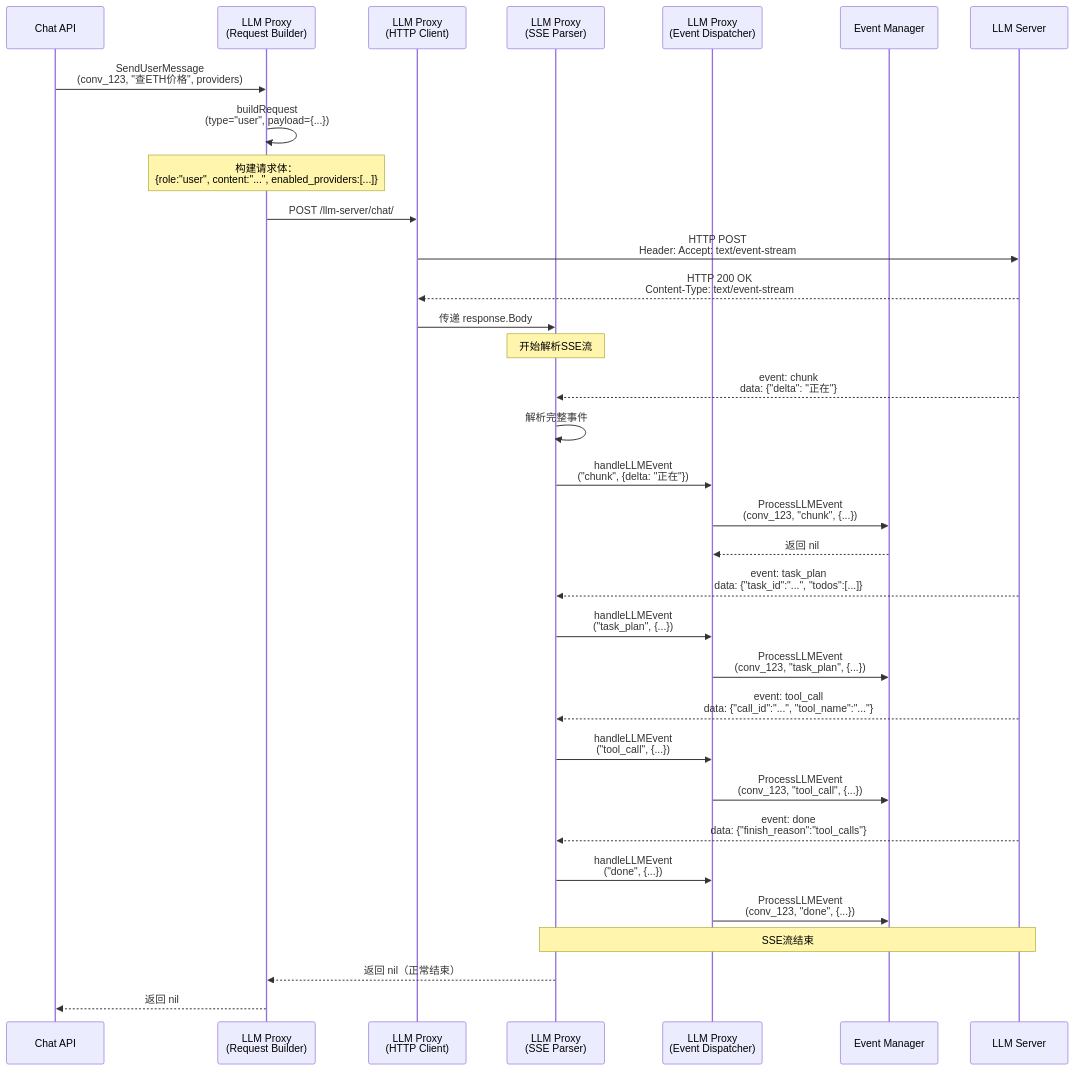
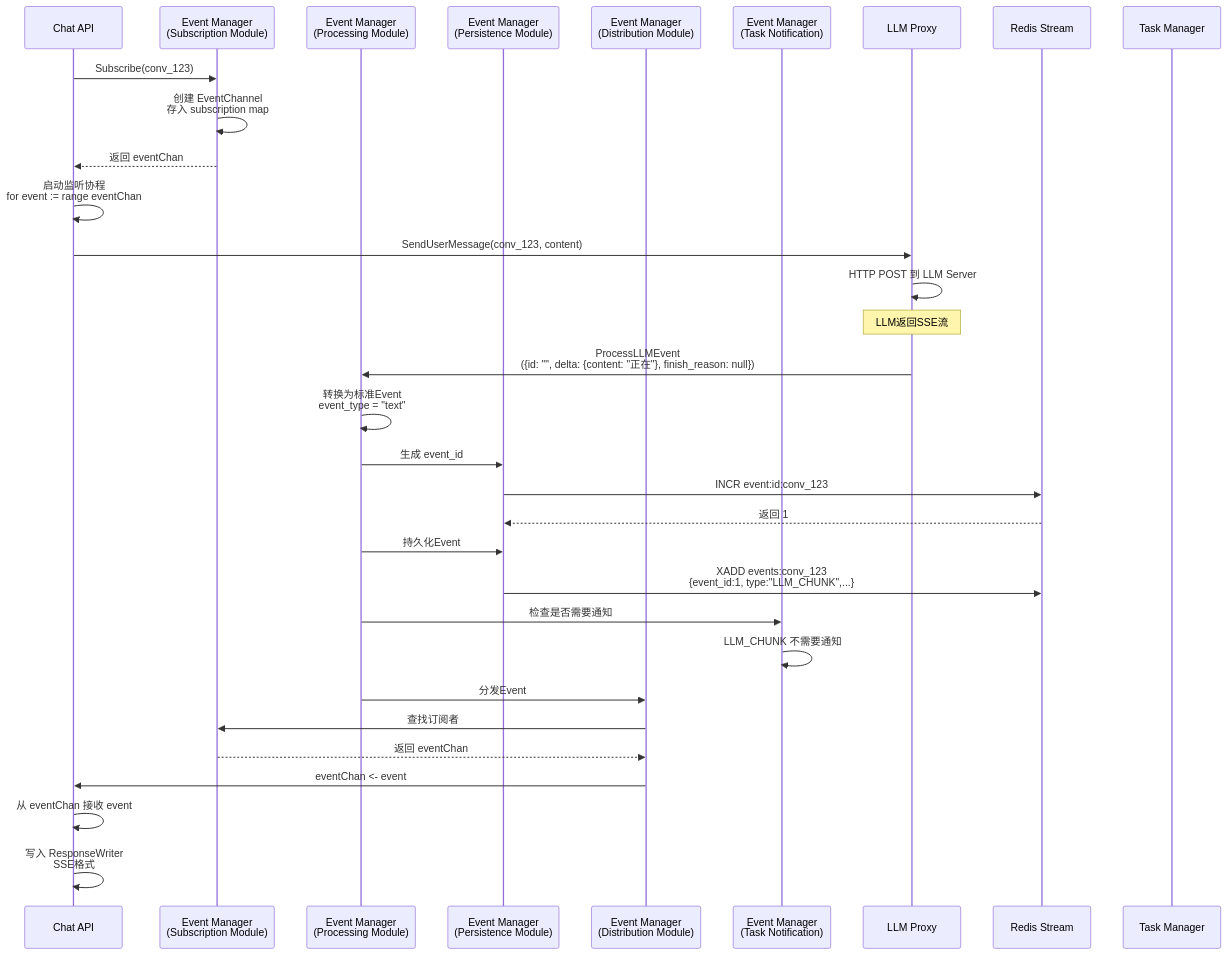
Before and after one commit to yingjianzh/iodraw-files: the diagram in all/未命名-10.md, drawn with Mermaid.

Commit message:
2025-12-23 15:35:48 update

````diff
--- a/all/未命名-10.md
+++ b/all/未命名-10.md
@@ -1,47 +1,44 @@
 ```mermaid
 sequenceDiagram
     participant ChatAPI as Chat API
-    participant LLMProxy as LLM Proxy<br/>(Request Builder)
-    participant HTTPClient as LLM Proxy<br/>(HTTP Client)
-    participant SSEParser as LLM Proxy<br/>(SSE Parser)
-    participant EventDisp as LLM Proxy<br/>(Event Dispatcher)
-    participant EventMgr as Event Manager
-    participant LLM as LLM Server
+    participant EventMgr as Event Manager<br/>(Subscription Module)
+    participant EventProc as Event Manager<br/>(Processing Module)
+    participant Persist as Event Manager<br/>(Persistence Module)
+    participant Distrib as Event Manager<br/>(Distribution Module)
+    participant TaskNotif as Event Manager<br/>(Task Notification)
+    participant LLMProxy as LLM Proxy
+    participant Redis as Redis Stream
+    participant TaskMgr as Task Manager
 
-    ChatAPI->>LLMProxy: SendUserMessage<br/>(conv_123, "查ETH价格", providers)
+    ChatAPI->>EventMgr: Subscribe(conv_123)
+    EventMgr->>EventMgr: 创建 EventChannel<br/>存入 subscription map
+    EventMgr-->>ChatAPI: 返回 eventChan
+
+    ChatAPI->>ChatAPI: 启动监听协程<br/>for event := range eventChan
     
-    LLMProxy->>LLMProxy: buildRequest<br/>(type="user", payload={...})
-    Note over LLMProxy: 构建请求体：<br/>{role:"user", content:"...", enabled_providers:[...]}
+    ChatAPI->>LLMProxy: SendUserMessage(conv_123, content)
+    LLMProxy->>LLMProxy: HTTP POST 到 LLM Server
+
+    Note over LLMProxy: LLM返回SSE流
+
+    LLMProxy->>EventProc: ProcessLLMEvent<br/>({id: "", delta: {content: "正在"}, finish_reason: null})
     
-    LLMProxy->>HTTPClient: POST /llm-server/chat/
-    HTTPClient->>LLM: HTTP POST<br/>Header: Accept: text/event-stream
+    EventProc->>EventProc: 转换为标准Event<br/>event_type = "text"
+    EventProc->>Persist: 生成 event_id
+    Persist->>Redis: INCR event:id:conv_123
+    Redis-->>Persist: 返回 1
     
-    LLM-->>HTTPClient: HTTP 200 OK<br/>Content-Type: text/event-stream
+    EventProc->>Persist: 持久化Event
+    Persist->>Redis: XADD events:conv_123<br/>{event_id:1, type:"LLM_CHUNK",...}
     
-    HTTPClient->>SSEParser: 传递 response.Body
+    EventProc->>TaskNotif: 检查是否需要通知
+    TaskNotif->>TaskNotif: LLM_CHUNK 不需要通知
     
-    Note over SSEParser: 开始解析SSE流
+    EventProc->>Distrib: 分发Event
+    Distrib->>EventMgr: 查找订阅者
+    EventMgr-->>Distrib: 返回 eventChan
+    Distrib->>ChatAPI: eventChan <- event
     
-    LLM-->>SSEParser: event: chunk<br/>data: {"delta": "正在"}
-    SSEParser->>SSEParser: 解析完整事件
-    SSEParser->>EventDisp: handleLLMEvent<br/>("chunk", {delta: "正在"})
-    EventDisp->>EventMgr: ProcessLLMEvent<br/>(conv_123, "chunk", {...})
-    EventMgr-->>EventDisp: 返回 nil
-    
-    LLM-->>SSEParser: event: task_plan<br/>data: {"task_id":"...", "todos":[...]}
-    SSEParser->>EventDisp: handleLLMEvent<br/>("task_plan", {...})
-    EventDisp->>EventMgr: ProcessLLMEvent<br/>(conv_123, "task_plan", {...})
-    
-    LLM-->>SSEParser: event: tool_call<br/>data: {"call_id":"...", "tool_name":"..."}
-    SSEParser->>EventDisp: handleLLMEvent<br/>("tool_call", {...})
-    EventDisp->>EventMgr: ProcessLLMEvent<br/>(conv_123, "tool_call", {...})
-    
-    LLM-->>SSEParser: event: done<br/>data: {"finish_reason":"tool_calls"}
-    SSEParser->>EventDisp: handleLLMEvent<br/>("done", {...})
-    EventDisp->>EventMgr: ProcessLLMEvent<br/>(conv_123, "done", {...})
-    
-    Note over LLM,SSEParser: SSE流结束
-    
-    SSEParser-->>LLMProxy: 返回 nil（正常结束）
-    LLMProxy-->>ChatAPI: 返回 nil
+    ChatAPI->>ChatAPI: 从 eventChan 接收 event
+    ChatAPI->>ChatAPI: 写入 ResponseWriter<br/>SSE格式
 ```
````
